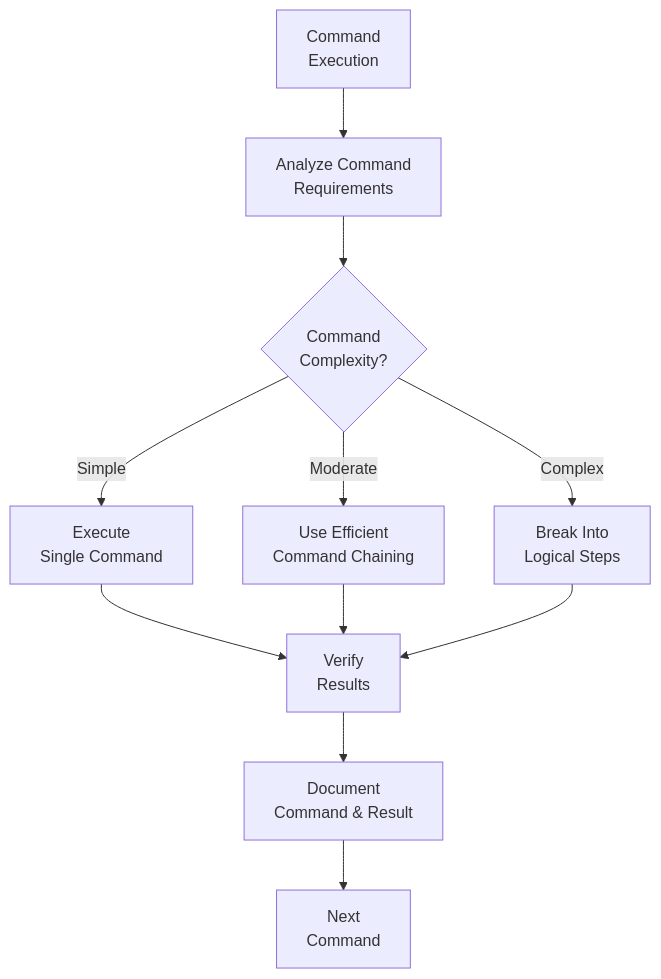
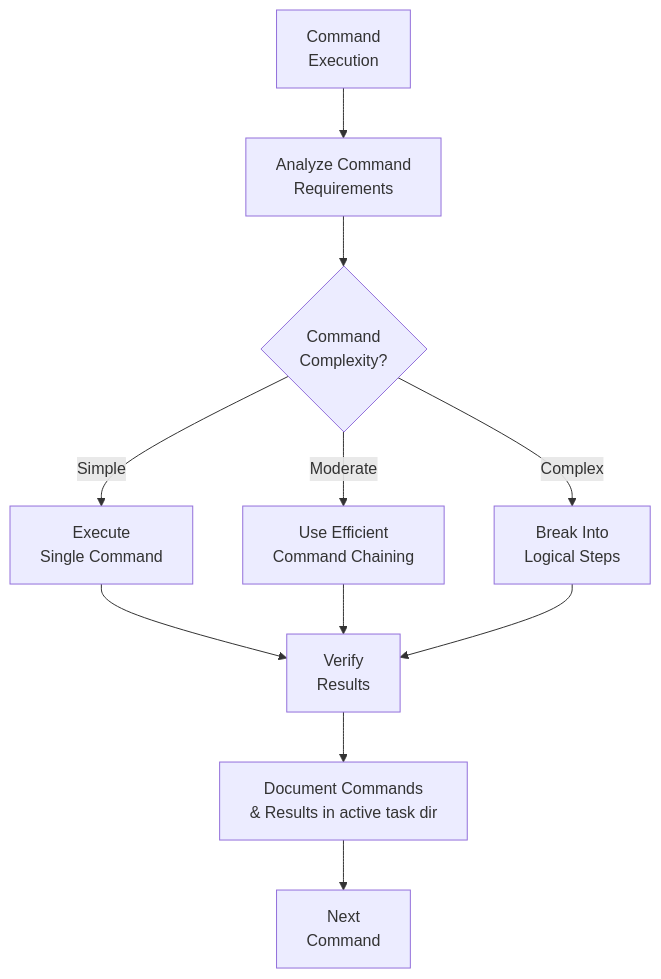
Before and after one commit to vanzan01/cursor-memory-bank: the fourth of 5 diagrams in .cursor/rules/isolation_rules/visual-maps/implement-mode-map.mdc, drawn with Mermaid. The commit also changed other lines of this file and 52 other files, not shown here.

Commit message:
Добавлены новые правила для управления активными задачами и генерации сообщений коммитов. Обновлены существующие правила для улучшения логики обработки контекста и управления задачами. Включены инструкции по созданию заметок для релиза и улучшены диаграммы процесса для режимов ARCHIVE и CREATIVE.

````diff
--- a/.cursor/rules/isolation_rules/visual-maps/implement-mode-map.mdc
+++ b/.cursor/rules/isolation_rules/visual-maps/implement-mode-map.mdc
@@ -187,13 +188,13 @@
 ```mermaid
 graph TD
     Start["Command<br>Execution"] --> Analyze["Analyze Command<br>Requirements"]
     Analyze --> Complexity{"Command<br>Complexity?"}
 
     Complexity -->|"Simple"| Simple["Execute<br>Single Command"]
     Complexity -->|"Moderate"| Chain["Use Efficient<br>Command Chaining"]
     Complexity -->|"Complex"| Break["Break Into<br>Logical Steps"]
 
     Simple & Chain & Break --> Verify["Verify<br>Results"]
-    Verify --> Document["Document<br>Command & Result"]
+    Verify --> Document["Document Commands<br>& Results in active task dir"]
     Document --> Next["Next<br>Command"]
 ```
````
